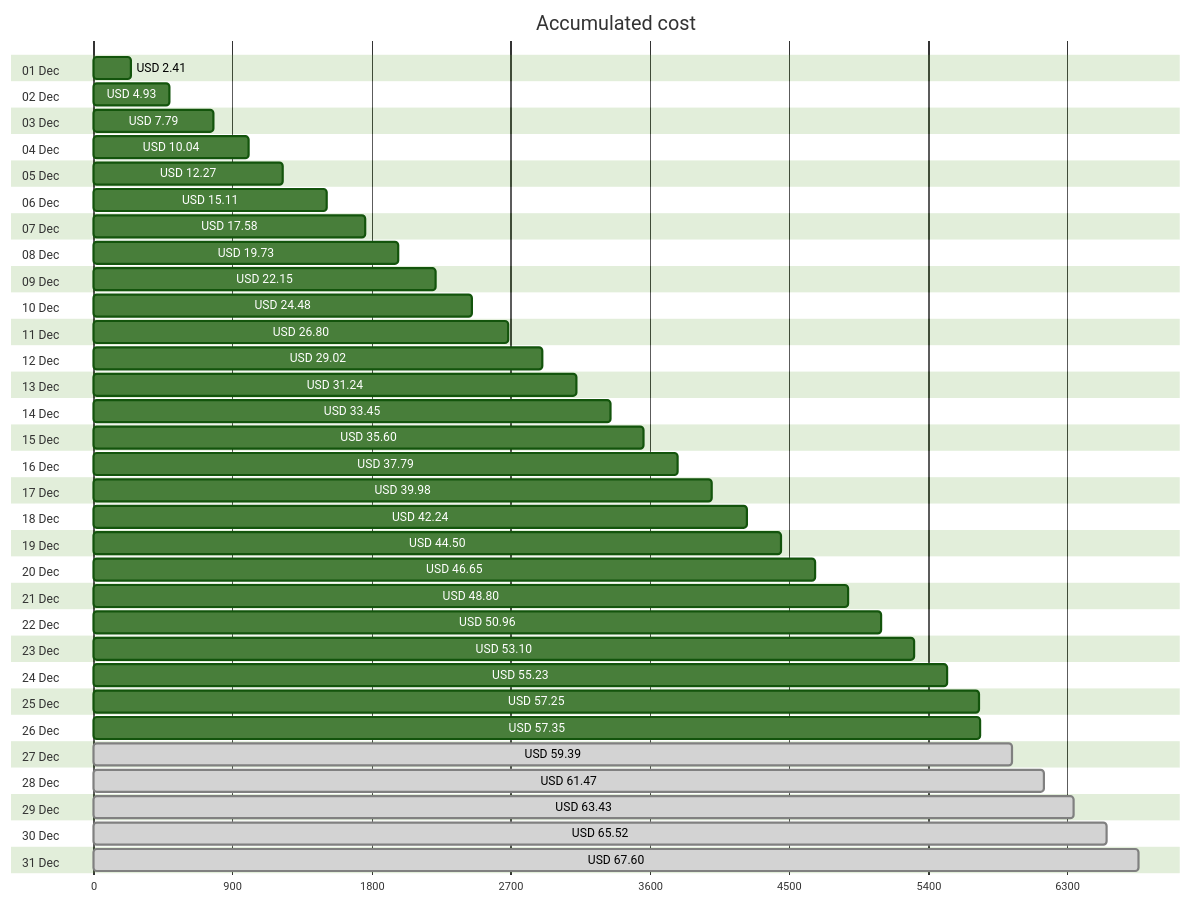
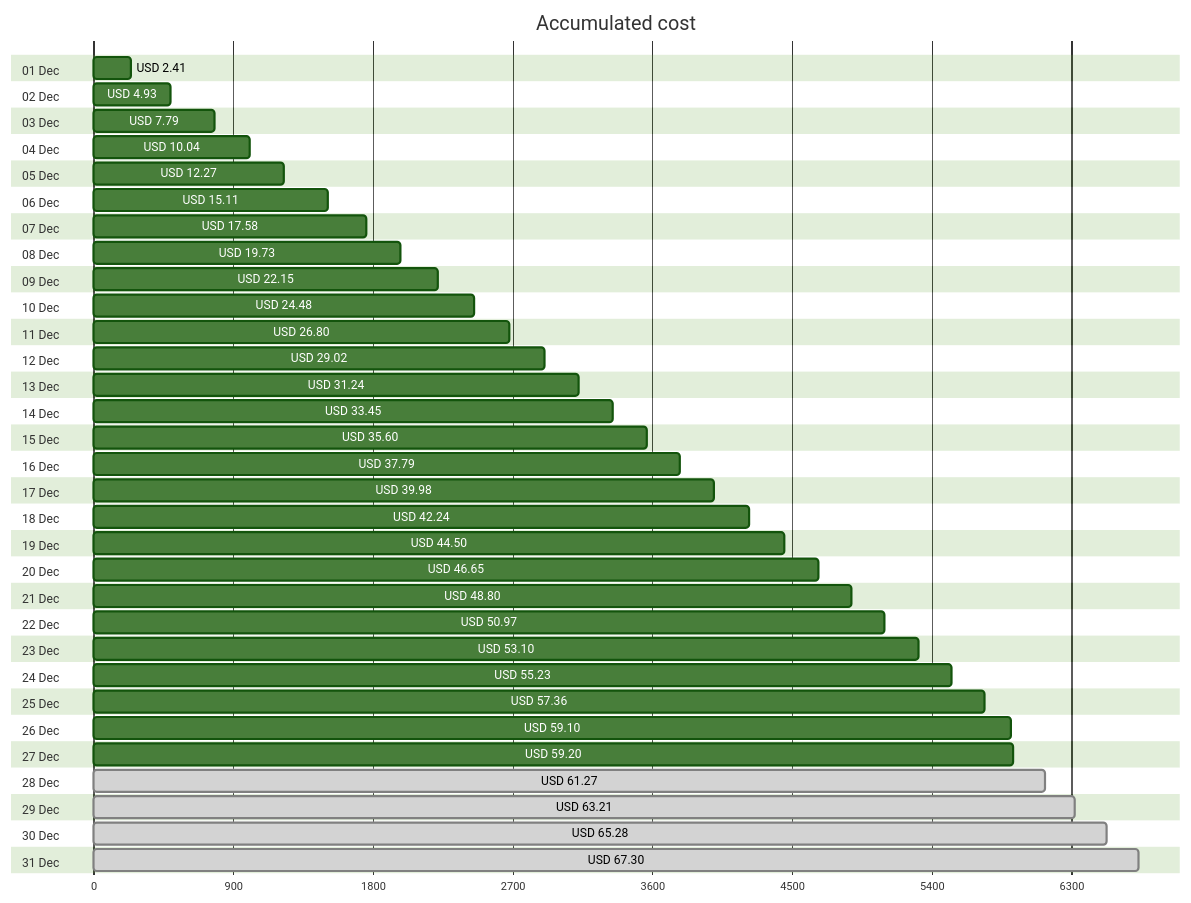
The first of 4 diagrams in cost-reports/accumulated-cost.md (jpfulton/azure-personal-reports), drawn with Mermaid (forest theme) before and after one commit. The commit also changed other lines of this file and 4 other files, not shown here.

````diff
--- a/cost-reports/accumulated-cost.md
+++ b/cost-reports/accumulated-cost.md
@@ -20,68 +20,68 @@
 ```mermaid
 gantt
    title Accumulated cost
    dateFormat  X
    axisFormat %s
    section 01 Dec
    USD 2.41 :0, 241
    section 02 Dec
    USD 4.93 :0, 493
    section 03 Dec
    USD 7.79 :0, 779
    section 04 Dec
    USD 10.04 :0, 1004
    section 05 Dec
    USD 12.27 :0, 1227
    section 06 Dec
    USD 15.11 :0, 1511
    section 07 Dec
    USD 17.58 :0, 1758
    section 08 Dec
    USD 19.73 :0, 1973
    section 09 Dec
    USD 22.15 :0, 2215
    section 10 Dec
    USD 24.48 :0, 2448
    section 11 Dec
    USD 26.80 :0, 2680
    section 12 Dec
    USD 29.02 :0, 2902
    section 13 Dec
    USD 31.24 :0, 3124
    section 14 Dec
    USD 33.45 :0, 3345
    section 15 Dec
    USD 35.60 :0, 3560
    section 16 Dec
    USD 37.79 :0, 3779
    section 17 Dec
    USD 39.98 :0, 3998
    section 18 Dec
    USD 42.24 :0, 4224
    section 19 Dec
    USD 44.50 :0, 4450
    section 20 Dec
    USD 46.65 :0, 4665
    section 21 Dec
    USD 48.80 :0, 4880
    section 22 Dec
-   USD 50.96 :0, 5096
+   USD 50.97 :0, 5097
    section 23 Dec
    USD 53.10 :0, 5310
    section 24 Dec
    USD 55.23 :0, 5523
    section 25 Dec
-   USD 57.25 :0, 5725
+   USD 57.36 :0, 5736
    section 26 Dec
-   USD 57.35 :0, 5735
+   USD 59.10 :0, 5910
    section 27 Dec
-   USD 59.39 : done, 0, 5939
+   USD 59.20 :0, 5920
    section 28 Dec
-   USD 61.47 : done, 0, 6147
+   USD 61.27 : done, 0, 6127
    section 29 Dec
-   USD 63.43 : done, 0, 6343
+   USD 63.21 : done, 0, 6321
    section 30 Dec
-   USD 65.52 : done, 0, 6552
+   USD 65.28 : done, 0, 6528
    section 31 Dec
-   USD 67.60 : done, 0, 6760
+   USD 67.30 : done, 0, 6730
 ```
````
